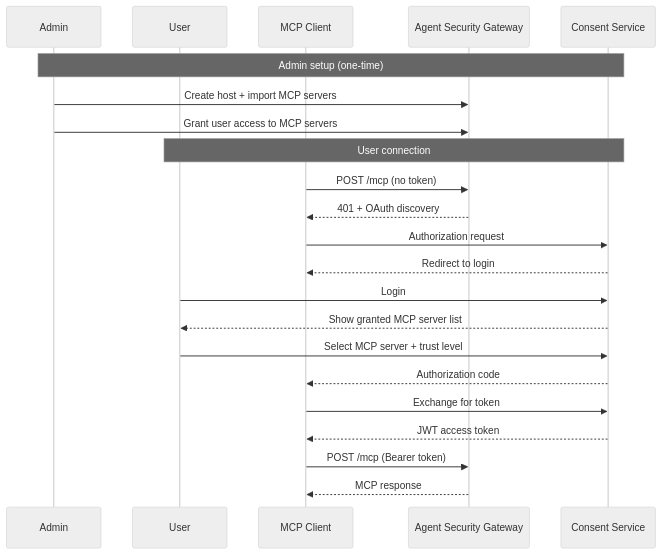
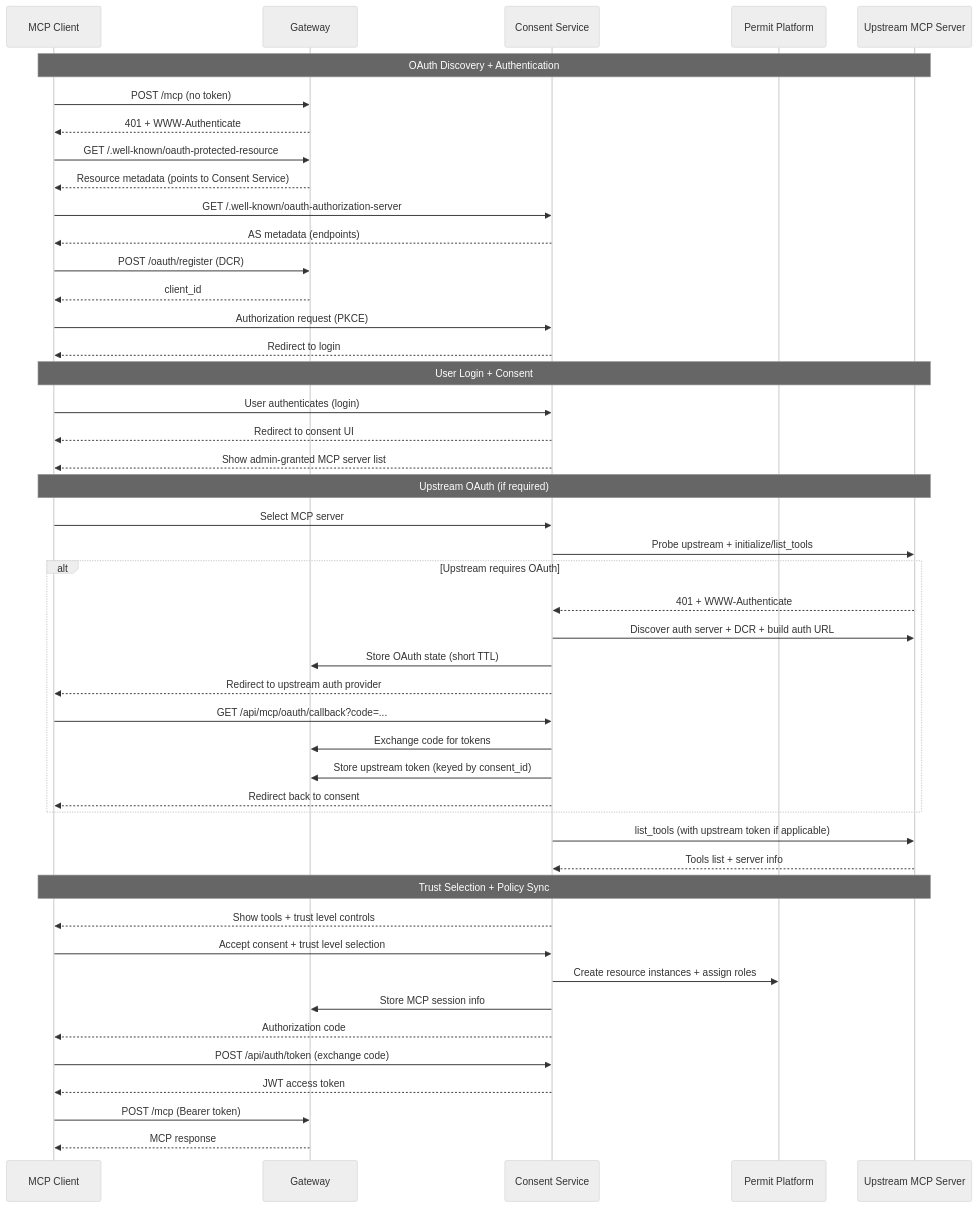
One commit to permitio/docs changed the fifth of 7 diagrams in docs/ai-security/mcp-permissions/architecture.mdx. Above: the diagram before and after it, drawn with Mermaid (neutral theme). The commit also changed other lines of this file and 4 other files, not shown here.

````diff
--- a/docs/ai-security/mcp-permissions/architecture.mdx
+++ b/docs/ai-security/mcp-permissions/architecture.mdx
@@ -142,26 +240,52 @@
 ```mermaid
 sequenceDiagram
-    participant A as Admin
-    participant U as User
     participant C as MCP Client
-    participant G as Agent Security Gateway
+    participant GW as Gateway
     participant CS as Consent Service
+    participant PermitAPI as Permit Platform
+    participant Up as Upstream MCP Server
 
-    Note over A,CS: Admin setup (one-time)
-    A->>G: Create host + import MCP servers
-    A->>G: Grant user access to MCP servers
+    Note over C,Up: OAuth Discovery + Authentication
+    C->>GW: POST /mcp (no token)
+    GW-->>C: 401 + WWW-Authenticate
+    C->>GW: GET /.well-known/oauth-protected-resource
+    GW-->>C: Resource metadata (points to Consent Service)
+    C->>CS: GET /.well-known/oauth-authorization-server
+    CS-->>C: AS metadata (endpoints)
+    C->>GW: POST /oauth/register (DCR)
+    GW-->>C: client_id
+    C->>CS: Authorization request (PKCE)
+    CS-->>C: Redirect to login
 
-    Note over U,CS: User connection
-    C->>G: POST /mcp (no token)
-    G-->>C: 401 + OAuth discovery
-    C->>CS: Authorization request
-    CS-->>C: Redirect to login
-    U->>CS: Login
-    CS-->>U: Show granted MCP server list
-    U->>CS: Select MCP server + trust level
+    Note over C,Up: User Login + Consent
+    C->>CS: User authenticates (login)
+    CS-->>C: Redirect to consent UI
+    CS-->>C: Show admin-granted MCP server list
+
+    Note over C,Up: Upstream OAuth (if required)
+    C->>CS: Select MCP server
+    CS->>Up: Probe upstream + initialize/list_tools
+    alt Upstream requires OAuth
+        Up-->>CS: 401 + WWW-Authenticate
+        CS->>Up: Discover auth server + DCR + build auth URL
+        CS->>GW: Store OAuth state (short TTL)
+        CS-->>C: Redirect to upstream auth provider
+        C->>CS: GET /api/mcp/oauth/callback?code=...
+        CS->>GW: Exchange code for tokens
+        CS->>GW: Store upstream token (keyed by consent_id)
+        CS-->>C: Redirect back to consent
+    end
+    CS->>Up: list_tools (with upstream token if applicable)
+    Up-->>CS: Tools list + server info
+
+    Note over C,Up: Trust Selection + Policy Sync
+    CS-->>C: Show tools + trust level controls
+    C->>CS: Accept consent + trust level selection
+    CS->>PermitAPI: Create resource instances + assign roles
+    CS->>GW: Store MCP session info
     CS-->>C: Authorization code
-    C->>CS: Exchange for token
+    C->>CS: POST /api/auth/token (exchange code)
     CS-->>C: JWT access token
-    C->>G: POST /mcp (Bearer token)
-    G-->>C: MCP response
+    C->>GW: POST /mcp (Bearer token)
+    GW-->>C: MCP response
 ```
````
